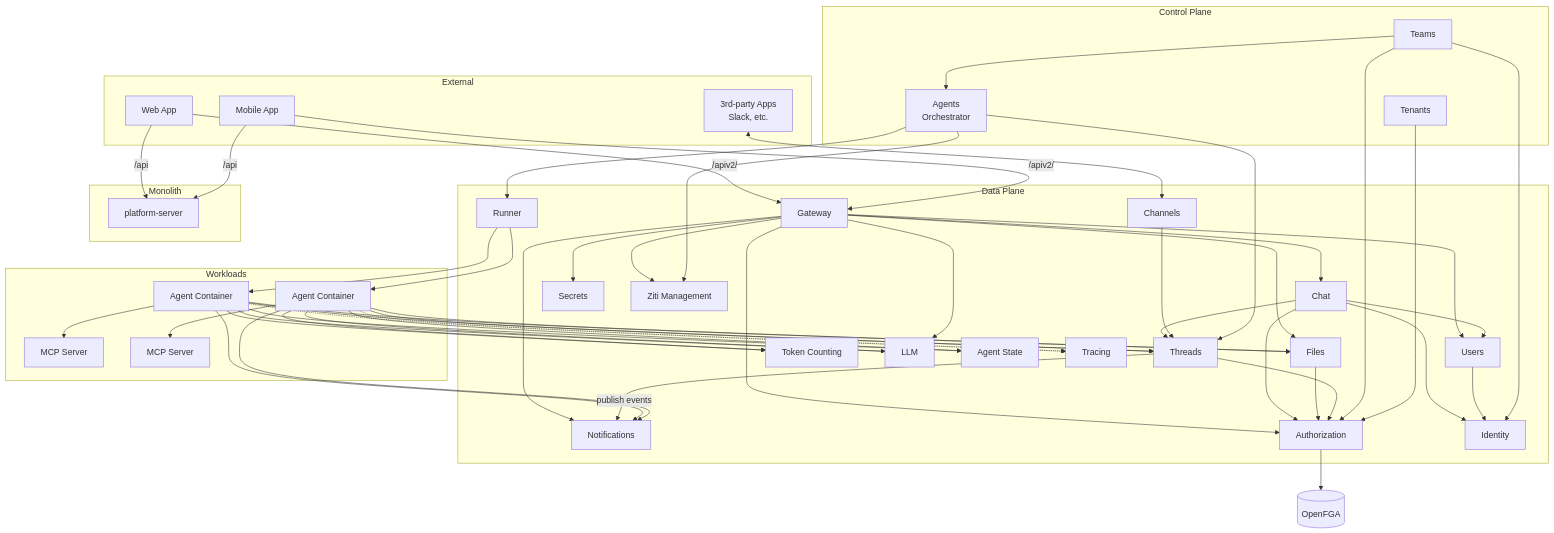
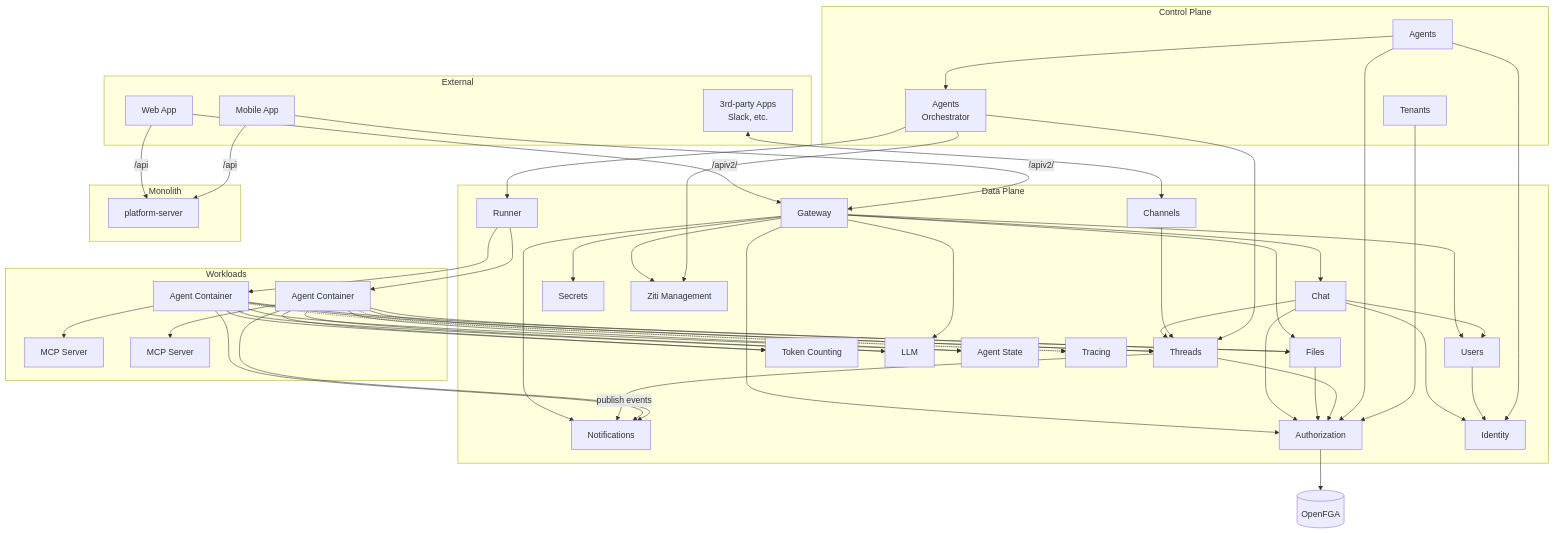
Before and after one commit to agynio/architecture: the diagram in architecture/system-overview.md, drawn with Mermaid. The commit also changed other lines of this file and 17 other files, not shown here.

First line of the commit message:
feat: rename Teams → Agents, migrate Gateway to ConnectRPC

````diff
--- a/architecture/system-overview.md
+++ b/architecture/system-overview.md
@@ -13,7 +13,7 @@
     end
 
     subgraph Control Plane
-        Teams[Teams]
+        Agents[Agents]
         AgentsOrch[Agents<br/>Orchestrator]
         Tenants[Tenants]
     end
@@ -66,7 +66,7 @@
     Channels --> Threads
 
     Users --> Identity
-    Teams --> Identity
+    Agents --> Identity
 
     Threads -->|publish events| Notifications
     AgentsOrch --> Runner
@@ -87,9 +87,9 @@
     Chat --> Authorization
     Files --> Authorization
     Threads --> Authorization
-    Teams --> Authorization
+    Agents --> Authorization
     Tenants --> Authorization
     Authorization --> OpenFGA[(OpenFGA)]
 
-    Teams --> AgentsOrch
+    Agents --> AgentsOrch
 ```
````
